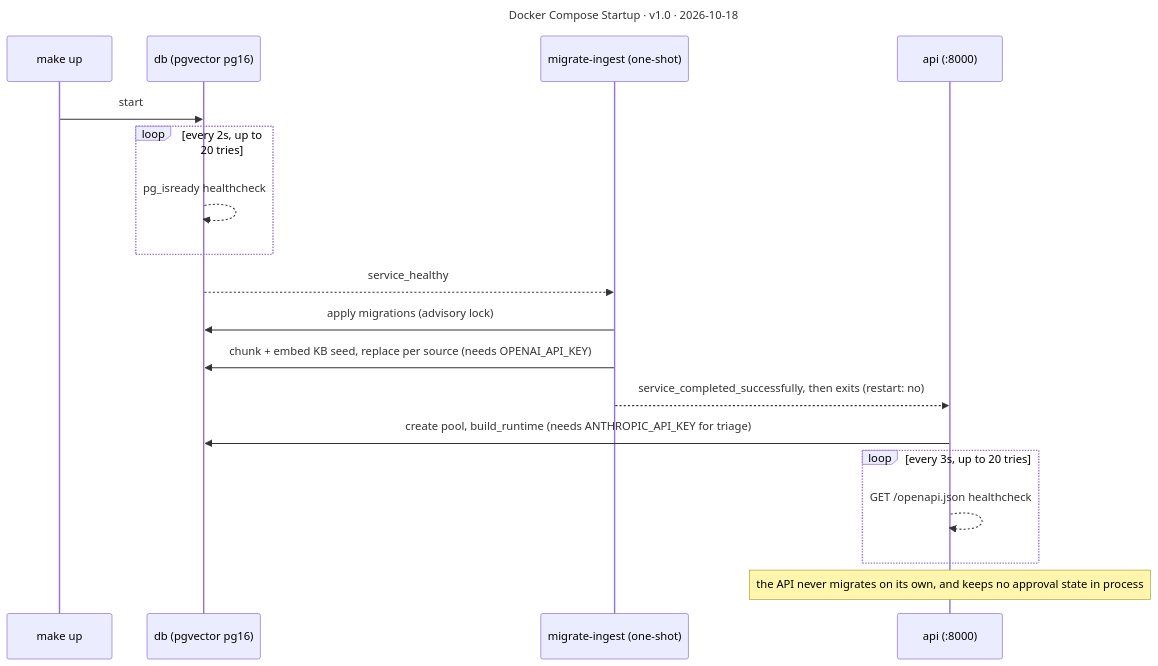
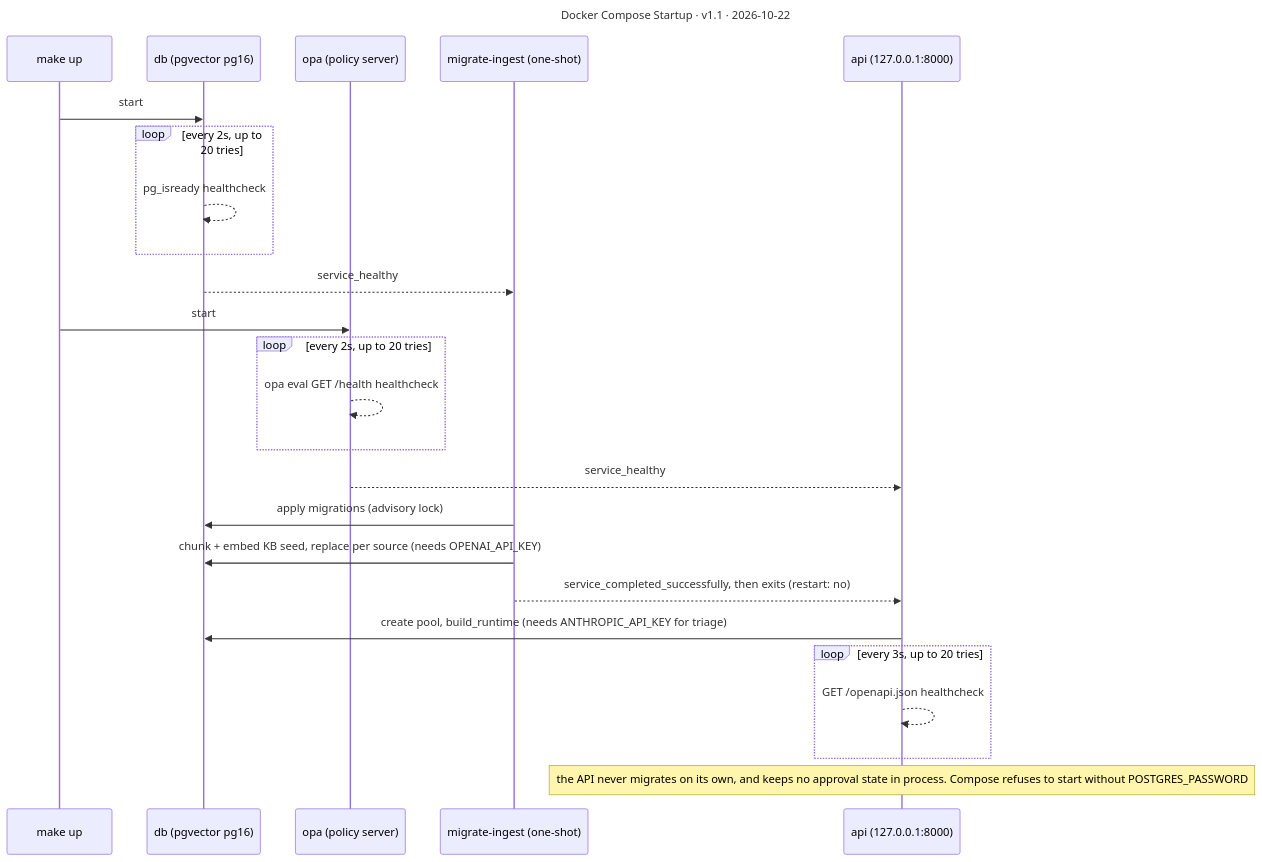
The diagram in docs/diagrams/compose-startup/README.md (haliam/ombuds), drawn with Mermaid before and after one commit. The commit also changed other lines of this file and 18 other files, not shown here.

Commit message:
Reconcile docs with W4 and W5: README status and limitations, architecture.md, diagrams

````diff
--- a/docs/diagrams/compose-startup/README.md
+++ b/docs/diagrams/compose-startup/README.md
@@ -7,23 +7,29 @@
 ```mermaid
 ---
-title: Docker Compose Startup · v1.0 · 2026-10-18
+title: Docker Compose Startup · v1.1 · 2026-10-22
 ---
 sequenceDiagram
     participant U as make up
     participant D as db (pgvector pg16)
+    participant O as opa (policy server)
     participant M as migrate-ingest (one-shot)
-    participant A as api (:8000)
+    participant A as api (127.0.0.1:8000)
     U->>D: start
     loop every 2s, up to 20 tries
         D-->>D: pg_isready healthcheck
     end
     D-->>M: service_healthy
+    U->>O: start
+    loop every 2s, up to 20 tries
+        O-->>O: opa eval GET /health healthcheck
+    end
+    O-->>A: service_healthy
     M->>D: apply migrations (advisory lock)
     M->>D: chunk + embed KB seed, replace per source (needs OPENAI_API_KEY)
     M-->>A: service_completed_successfully, then exits (restart: no)
     A->>D: create pool, build_runtime (needs ANTHROPIC_API_KEY for triage)
     loop every 3s, up to 20 tries
         A-->>A: GET /openapi.json healthcheck
     end
-    Note over A: the API never migrates on its own, and keeps no approval state in process
+    Note over A: the API never migrates on its own, and keeps no approval state in process. Compose refuses to start without POSTGRES_PASSWORD
 ```
````
